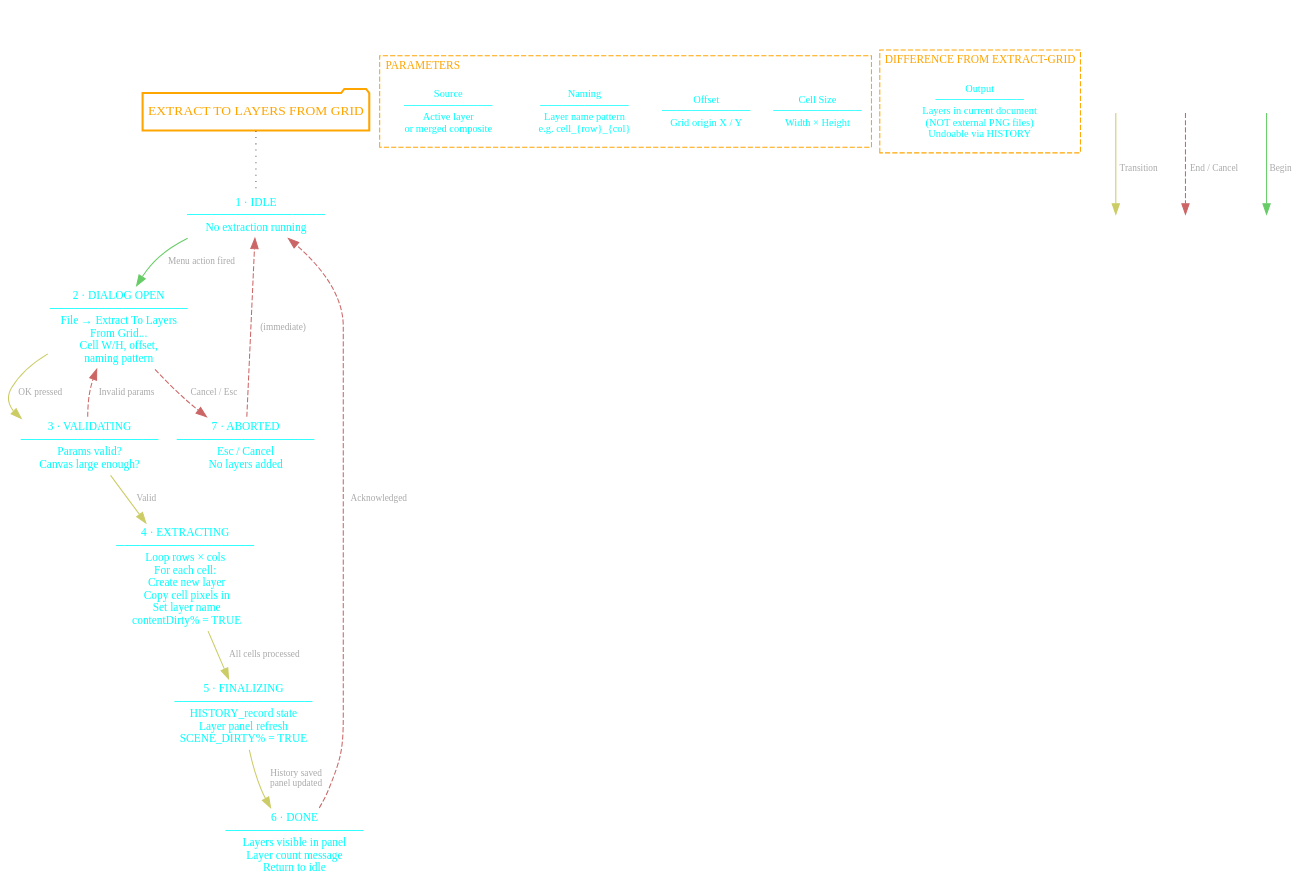
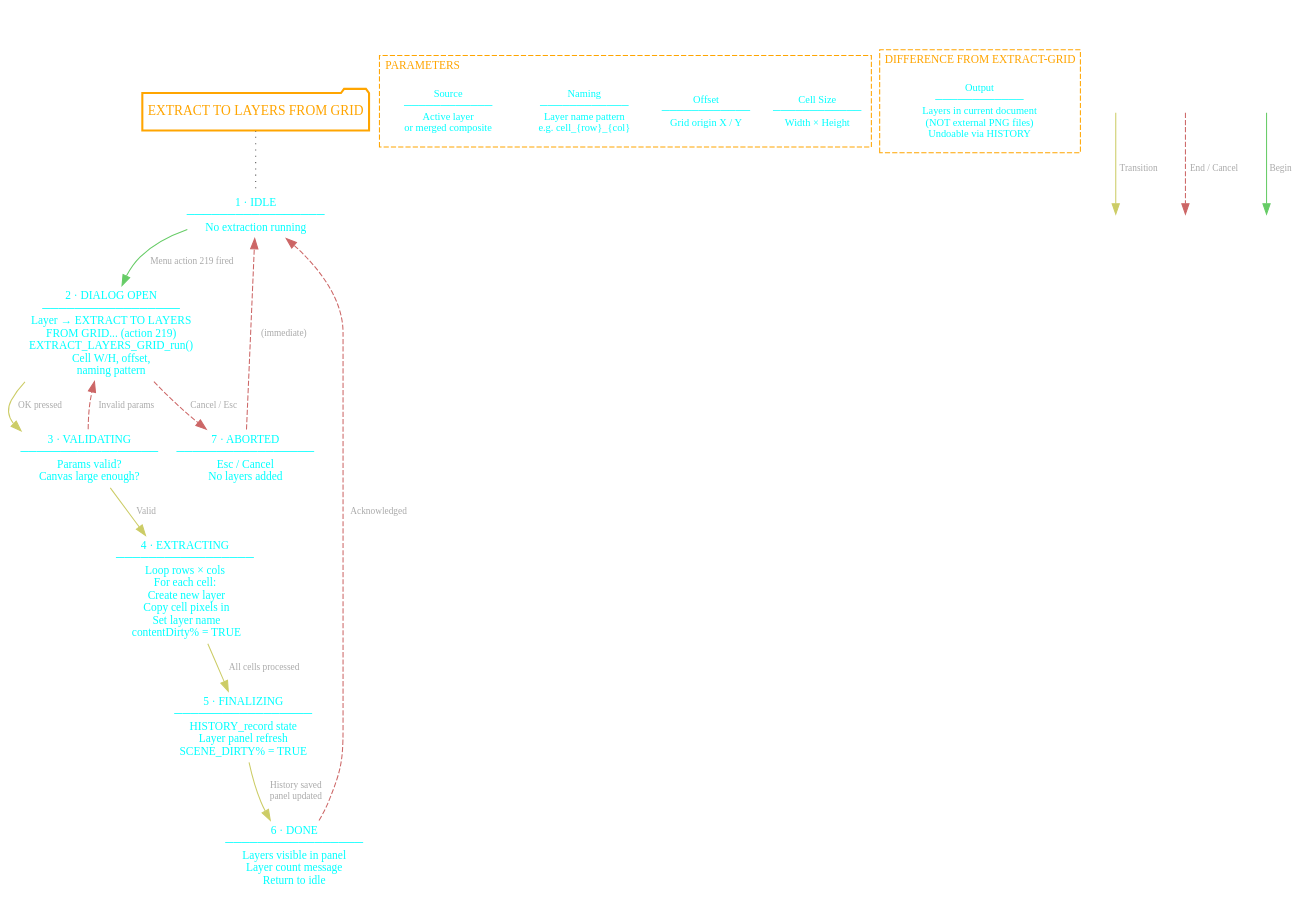
The diagram in PLANS/diagrams/FILE-OPS/EXTRACT-LAYERS-GRID-STATES.DOT (grymmjack/DRAW), drawn with Graphviz before and after one commit. The commit also changed 194 other files, not shown here.

First line of the commit message:
docs(diagrams): reconcile all ~60 existing state diagrams to current source (Phase B0)

```diff
--- a/PLANS/diagrams/FILE-OPS/EXTRACT-LAYERS-GRID-STATES.DOT
+++ b/PLANS/diagrams/FILE-OPS/EXTRACT-LAYERS-GRID-STATES.DOT
@@ -1,62 +1,62 @@
 digraph EXTRACT_LAYERS_GRID {
     label="EXTRACT TO LAYERS FROM GRID STATE MACHINE" labelloc=t labeljust=c
     ordering=out rankdir=TB
     fontcolor=white fontsize=24.0 fontname="Cascadia Code PL"
     splines=true compound=true
     bgcolor=transparent
     edge [color=gray fontcolor="#aaaaaa" fontsize=9.0 fontname="Cascadia Code PL"];
     node [color=white shape=rect style="" fontname="Cascadia Code PL" fontsize=11.0 fontcolor=cyan];
 
     { node [shape=folder color=orange penwidth=2 fontcolor=orange fontsize=13.0];
         MAIN [label="EXTRACT TO LAYERS FROM GRID"];
     }
 
     S_IDLE [label="1 · IDLE\n─────────────────\nNo extraction running"];
-    S_DIALOG [label="2 · DIALOG OPEN\n─────────────────\nFile → Extract To Layers\nFrom Grid...\nCell W/H, offset,\nnaming pattern"];
+    S_DIALOG [label="2 · DIALOG OPEN\n─────────────────\nLayer → EXTRACT TO LAYERS\nFROM GRID... (action 219)\nEXTRACT_LAYERS_GRID_run()\nCell W/H, offset,\nnaming pattern"];
     S_VALIDATING [label="3 · VALIDATING\n─────────────────\nParams valid?\nCanvas large enough?"];
     S_EXTRACTING [label="4 · EXTRACTING\n─────────────────\nLoop rows × cols\nFor each cell:\n  Create new layer\n  Copy cell pixels in\n  Set layer name\n  contentDirty% = TRUE"];
     S_FINALIZING [label="5 · FINALIZING\n─────────────────\nHISTORY_record state\nLayer panel refresh\nSCENE_DIRTY% = TRUE"];
     S_DONE [label="6 · DONE\n─────────────────\nLayers visible in panel\nLayer count message\nReturn to idle"];
     S_ABORTED [label="7 · ABORTED\n─────────────────\nEsc / Cancel\nNo layers added"];
 
-    S_IDLE -> S_DIALOG [label="  Menu action fired" color="#66cc66"];
+    S_IDLE -> S_DIALOG [label="  Menu action 219 fired" color="#66cc66"];
     S_DIALOG -> S_VALIDATING [label="  OK pressed" color="#cccc66"];
     S_DIALOG -> S_ABORTED [label="  Cancel / Esc" color="#cc6666" style=dashed];
     S_VALIDATING -> S_DIALOG [label="  Invalid params" color="#cc6666" style=dashed];
     S_VALIDATING -> S_EXTRACTING [label="  Valid" color="#cccc66"];
     S_EXTRACTING -> S_FINALIZING [label="  All cells processed" color="#cccc66"];
     S_FINALIZING -> S_DONE [label="  History saved\n  panel updated" color="#cccc66"];
     S_DONE -> S_IDLE [label="  Acknowledged" color="#cc6666" style=dashed];
     S_ABORTED -> S_IDLE [label="  (immediate)" color="#cc6666" style=dashed];
 
     subgraph cluster_params {
         label="PARAMETERS" labelloc=t labeljust=l
         fontcolor=orange fontsize=11.0 color=orange style=dashed penwidth=1
 
         P1 [label="Cell Size\n────────────\nWidth × Height" fontsize=10.0];
         P2 [label="Offset\n────────────\nGrid origin X / Y" fontsize=10.0];
         P3 [label="Naming\n────────────\nLayer name pattern\ne.g. cell_{row}_{col}" fontsize=10.0];
         P4 [label="Source\n────────────\nActive layer\nor merged composite" fontsize=10.0];
     }
 
     subgraph cluster_diff {
         label="DIFFERENCE FROM EXTRACT-GRID" labelloc=t labeljust=l
         fontcolor=orange fontsize=11.0 color=orange style=dashed penwidth=1
 
         D1 [label="Output\n────────────\nLayers in current document\n(NOT external PNG files)\nUndoable via HISTORY" fontsize=10.0];
     }
 
     MAIN -> S_IDLE [arrowhead=none color="#555555" style=dotted];
     { rank=min; MAIN }
 
     subgraph cluster_legend {
         label="LEGEND" labelloc=t labeljust=l
         fontcolor=white fontsize=11.0 color=white style=dashed penwidth=1
         L1 [label="" shape=point width=0.01]; L2 [label="" shape=point width=0.01];
         L3 [label="" shape=point width=0.01]; L4 [label="" shape=point width=0.01];
         L5 [label="" shape=point width=0.01]; L6 [label="" shape=point width=0.01];
         L1 -> L2 [label=" Begin" arrowhead=normal color="#66cc66" fontsize=9.0];
         L3 -> L4 [label=" End / Cancel" arrowhead=normal color="#cc6666" style=dashed fontsize=9.0];
         L5 -> L6 [label=" Transition" arrowhead=normal color="#cccc66" fontsize=9.0];
     }
 }
```
